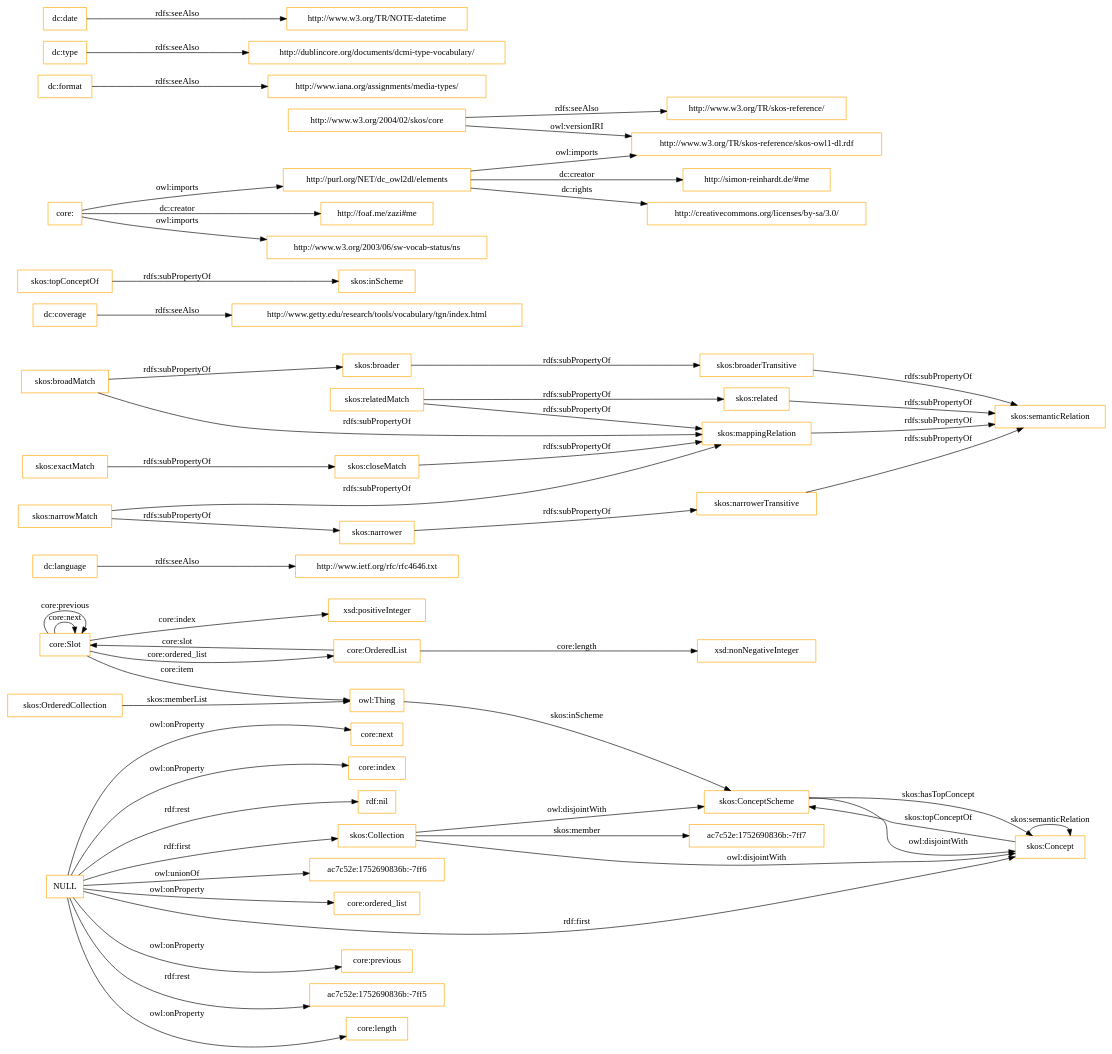
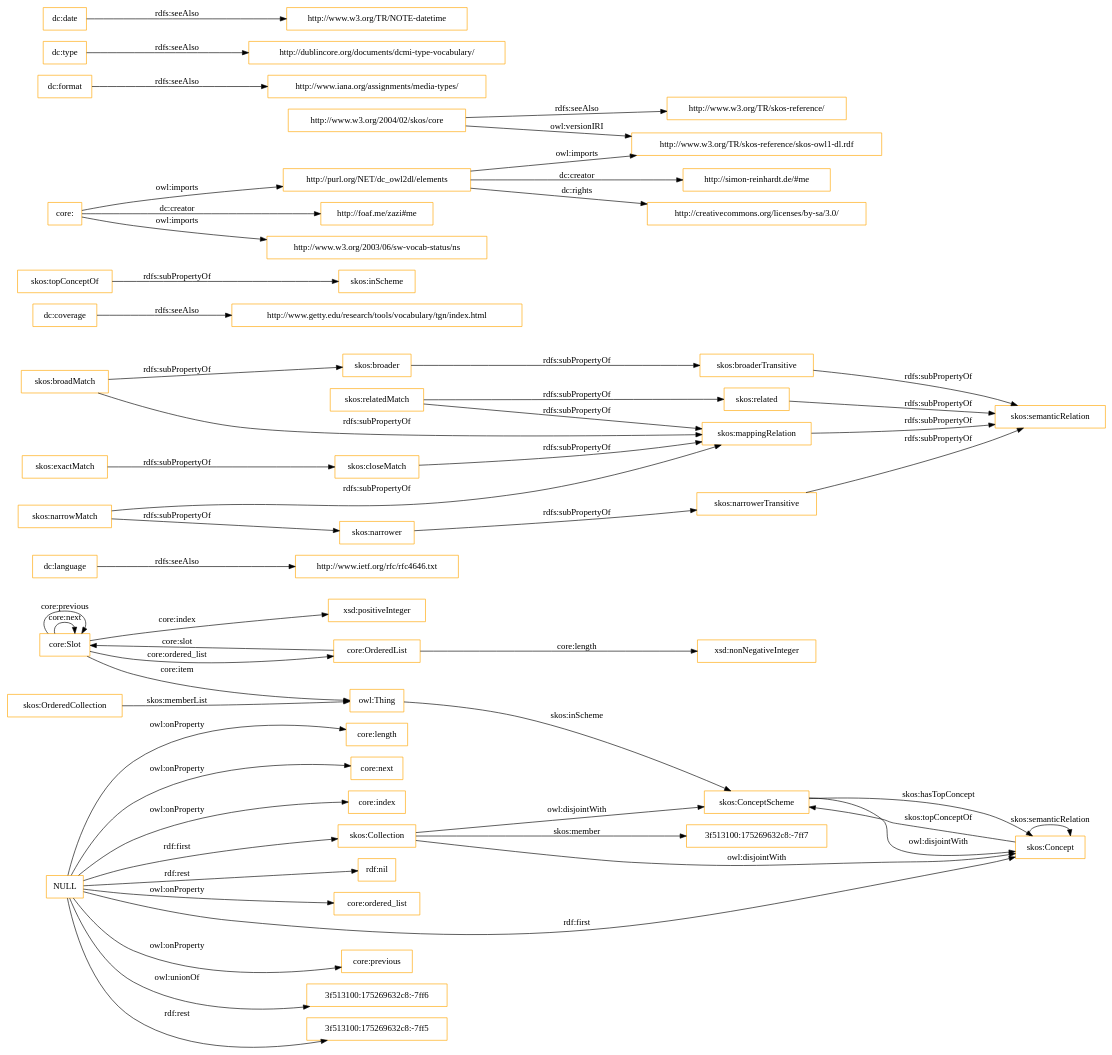
Before and after one commit to OnToologyUser/core-ontology-1: the diagram in OnToology/imports/core.owl/diagrams/ar2dtool-class/core.owl.png.dot, drawn with Graphviz. The commit also changed 14 other files, not shown here.

```diff
--- a/OnToology/imports/core.owl/diagrams/ar2dtool-class/core.owl.png.dot
+++ b/OnToology/imports/core.owl/diagrams/ar2dtool-class/core.owl.png.dot
@@ -1,60 +1,60 @@
 digraph ar2dtool_diagram { 
 rankdir=LR;
 size="1501"
-node [shape = rectangle, color="orange"]; "core:Slot" "core:OrderedList" "ac7c52e:1752690836b:-7ff7" "skos:OrderedCollection" "skos:Collection" "skos:ConceptScheme" "skos:Concept" ; /*classes style*/
+node [shape = rectangle, color="orange"]; "core:Slot" "core:OrderedList" "3f513100:175269632c8:-7ff7" "skos:OrderedCollection" "skos:Collection" "skos:ConceptScheme" "skos:Concept" ; /*classes style*/
 	"dc:language" -> "http://www.ietf.org/rfc/rfc4646.txt" [ label = "rdfs:seeAlso" ];
 	"NULL" -> "core:previous" [ label = "owl:onProperty" ];
-	"NULL" -> "ac7c52e:1752690836b:-7ff5" [ label = "rdf:rest" ];
+	"NULL" -> "3f513100:175269632c8:-7ff6" [ label = "owl:unionOf" ];
+	"NULL" -> "3f513100:175269632c8:-7ff5" [ label = "rdf:rest" ];
 	"NULL" -> "core:length" [ label = "owl:onProperty" ];
 	"NULL" -> "skos:Concept" [ label = "rdf:first" ];
 	"NULL" -> "core:next" [ label = "owl:onProperty" ];
 	"NULL" -> "core:index" [ label = "owl:onProperty" ];
 	"NULL" -> "rdf:nil" [ label = "rdf:rest" ];
-	"NULL" -> "ac7c52e:1752690836b:-7ff6" [ label = "owl:unionOf" ];
 	"NULL" -> "core:ordered_list" [ label = "owl:onProperty" ];
 	"NULL" -> "skos:Collection" [ label = "rdf:first" ];
 	"skos:closeMatch" -> "skos:mappingRelation" [ label = "rdfs:subPropertyOf" ];
 	"dc:coverage" -> "http://www.getty.edu/research/tools/vocabulary/tgn/index.html" [ label = "rdfs:seeAlso" ];
 	"skos:relatedMatch" -> "skos:related" [ label = "rdfs:subPropertyOf" ];
 	"skos:relatedMatch" -> "skos:mappingRelation" [ label = "rdfs:subPropertyOf" ];
 	"skos:ConceptScheme" -> "skos:Concept" [ label = "owl:disjointWith" ];
 	"skos:related" -> "skos:semanticRelation" [ label = "rdfs:subPropertyOf" ];
 	"skos:topConceptOf" -> "skos:inScheme" [ label = "rdfs:subPropertyOf" ];
 	"skos:broadMatch" -> "skos:broader" [ label = "rdfs:subPropertyOf" ];
 	"skos:broadMatch" -> "skos:mappingRelation" [ label = "rdfs:subPropertyOf" ];
 	"http://purl.org/NET/dc_owl2dl/elements" -> "http://www.w3.org/TR/skos-reference/skos-owl1-dl.rdf" [ label = "owl:imports" ];
 	"http://purl.org/NET/dc_owl2dl/elements" -> "http://creativecommons.org/licenses/by-sa/3.0/" [ label = "dc:rights" ];
 	"http://purl.org/NET/dc_owl2dl/elements" -> "http://simon-reinhardt.de/#me" [ label = "dc:creator" ];
 	"skos:exactMatch" -> "skos:closeMatch" [ label = "rdfs:subPropertyOf" ];
 	"dc:format" -> "http://www.iana.org/assignments/media-types/" [ label = "rdfs:seeAlso" ];
 	"core:" -> "http://foaf.me/zazi#me" [ label = "dc:creator" ];
 	"core:" -> "http://www.w3.org/2003/06/sw-vocab-status/ns" [ label = "owl:imports" ];
 	"core:" -> "http://purl.org/NET/dc_owl2dl/elements" [ label = "owl:imports" ];
 	"skos:broaderTransitive" -> "skos:semanticRelation" [ label = "rdfs:subPropertyOf" ];
 	"skos:mappingRelation" -> "skos:semanticRelation" [ label = "rdfs:subPropertyOf" ];
 	"skos:broader" -> "skos:broaderTransitive" [ label = "rdfs:subPropertyOf" ];
 	"dc:type" -> "http://dublincore.org/documents/dcmi-type-vocabulary/" [ label = "rdfs:seeAlso" ];
 	"http://www.w3.org/2004/02/skos/core" -> "http://www.w3.org/TR/skos-reference/skos-owl1-dl.rdf" [ label = "owl:versionIRI" ];
 	"http://www.w3.org/2004/02/skos/core" -> "http://www.w3.org/TR/skos-reference/" [ label = "rdfs:seeAlso" ];
 	"skos:Collection" -> "skos:ConceptScheme" [ label = "owl:disjointWith" ];
 	"skos:Collection" -> "skos:Concept" [ label = "owl:disjointWith" ];
 	"skos:narrowMatch" -> "skos:narrower" [ label = "rdfs:subPropertyOf" ];
 	"skos:narrowMatch" -> "skos:mappingRelation" [ label = "rdfs:subPropertyOf" ];
 	"skos:narrower" -> "skos:narrowerTransitive" [ label = "rdfs:subPropertyOf" ];
 	"dc:date" -> "http://www.w3.org/TR/NOTE-datetime" [ label = "rdfs:seeAlso" ];
 	"skos:narrowerTransitive" -> "skos:semanticRelation" [ label = "rdfs:subPropertyOf" ];
 	"core:Slot" -> "xsd:positiveInteger" [ label = "core:index" ];
 	"skos:Concept" -> "skos:ConceptScheme" [ label = "skos:topConceptOf" ];
 	"core:Slot" -> "owl:Thing" [ label = "core:item" ];
 	"core:OrderedList" -> "xsd:nonNegativeInteger" [ label = "core:length" ];
 	"core:OrderedList" -> "core:Slot" [ label = "core:slot" ];
-	"skos:Collection" -> "ac7c52e:1752690836b:-7ff7" [ label = "skos:member" ];
+	"skos:Collection" -> "3f513100:175269632c8:-7ff7" [ label = "skos:member" ];
 	"core:Slot" -> "core:Slot" [ label = "core:next" ];
 	"skos:ConceptScheme" -> "skos:Concept" [ label = "skos:hasTopConcept" ];
 	"owl:Thing" -> "skos:ConceptScheme" [ label = "skos:inScheme" ];
 	"core:Slot" -> "core:Slot" [ label = "core:previous" ];
 	"skos:OrderedCollection" -> "owl:Thing" [ label = "skos:memberList" ];
 	"skos:Concept" -> "skos:Concept" [ label = "skos:semanticRelation" ];
 	"core:Slot" -> "core:OrderedList" [ label = "core:ordered_list" ];
 
 }
```
